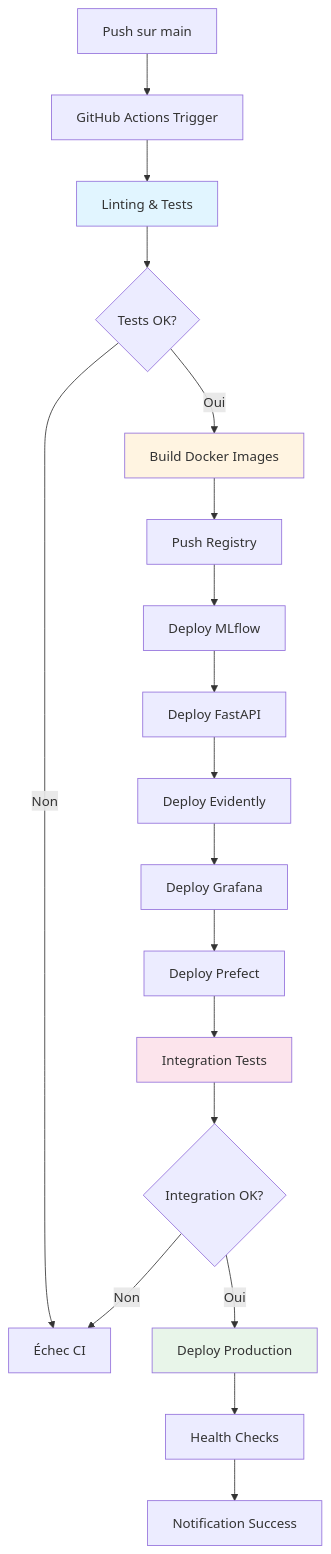
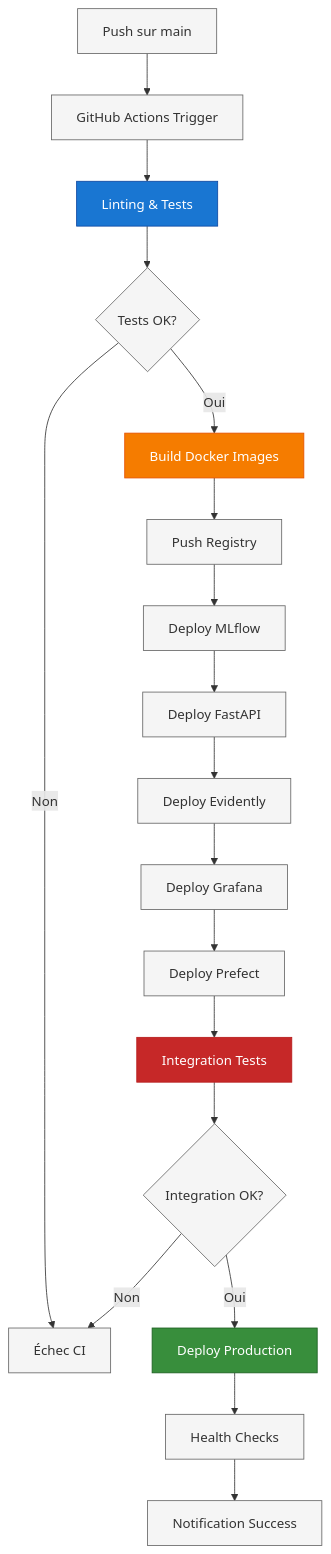
The tenth of 21 diagrams in docs/ARCHITECTURE_MLOPS.md (jinsudai/jinsudai), drawn with Mermaid before and after one commit. The commit also changed other lines of this file and 9 other files, not shown here.

````diff
--- a/docs/ARCHITECTURE_MLOPS.md
+++ b/docs/ARCHITECTURE_MLOPS.md
@@ -362,25 +413,31 @@
 ```mermaid
 flowchart TD
+    classDef testing fill:#1976D2,stroke:#0D47A1,color:#fff
+    classDef build fill:#F57C00,stroke:#E65100,color:#fff
+    classDef integration fill:#C62828,stroke:#B71C1C,color:#fff
+    classDef deployment fill:#388E3C,stroke:#1B5E20,color:#fff
+    classDef default fill:#f5f5f5,stroke:#666,color:#333
+
     A[Push sur main] --> B[GitHub Actions Trigger]
     B --> C[Linting & Tests]
     C --> D{Tests OK?}
     D -->|Non| E[Échec CI]
     D -->|Oui| F[Build Docker Images]
     F --> G[Push Registry]
     G --> H[Deploy MLflow]
     H --> I[Deploy FastAPI]
     I --> J[Deploy Evidently]
     J --> K[Deploy Grafana]
     K --> L[Deploy Prefect]
     L --> M[Integration Tests]
     M --> N{Integration OK?}
     N -->|Non| E
     N -->|Oui| O[Deploy Production]
     O --> P[Health Checks]
     P --> Q[Notification Success]
-    
-    style C fill:#e1f5ff
-    style F fill:#fff4e1
-    style M fill:#fce4ec
-    style O fill:#e8f5e9
+
+    class C testing
+    class F build
+    class M integration
+    class O deployment
 ```
````
